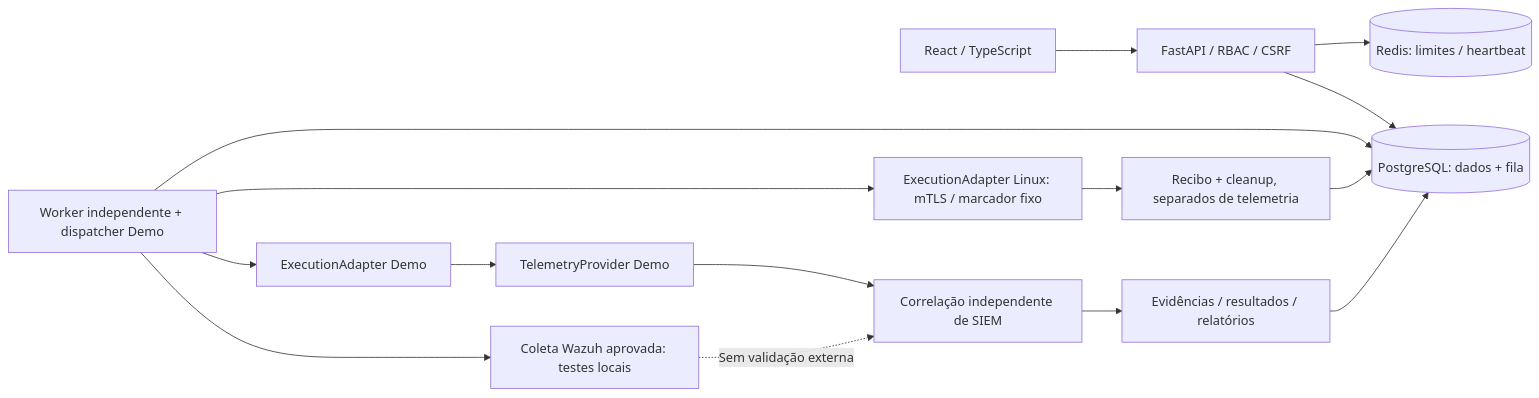
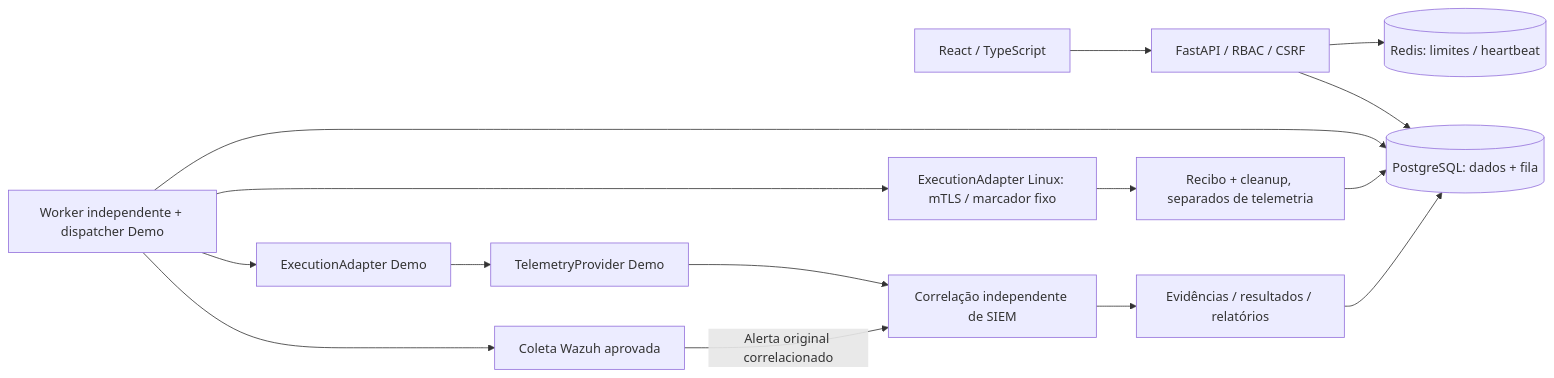
Before and after one commit to Buraddomoon/AEGIS: the diagram in README.md, drawn with Mermaid. The commit also changed other lines of this file and 9 other files, not shown here.

````diff
--- a/README.md
+++ b/README.md
@@ -94,17 +96,17 @@
 ```mermaid
 flowchart LR
   Browser[React / TypeScript] --> API[FastAPI / RBAC / CSRF]
   API --> DB[(PostgreSQL: dados + fila)]
   API --> Redis[(Redis: limites / heartbeat)]
   Worker[Worker independente + dispatcher Demo] --> DB
   Worker --> Demo[ExecutionAdapter Demo]
   Worker --> Linux[ExecutionAdapter Linux: mTLS / marcador fixo]
   Linux --> Receipts[Recibo + cleanup, separados de telemetria]
   Receipts --> DB
   Demo --> Telemetry[TelemetryProvider Demo]
   Telemetry --> Validate[Correlação independente de SIEM]
   Validate --> Evidence[Evidências / resultados / relatórios]
   Evidence --> DB
-  Worker --> Wazuh[Coleta Wazuh aprovada: testes locais]
-  Wazuh -. Sem validação externa .-> Validate
+  Worker --> Wazuh[Coleta Wazuh aprovada]
+  Wazuh -->|Alerta original correlacionado| Validate
 ```
````
